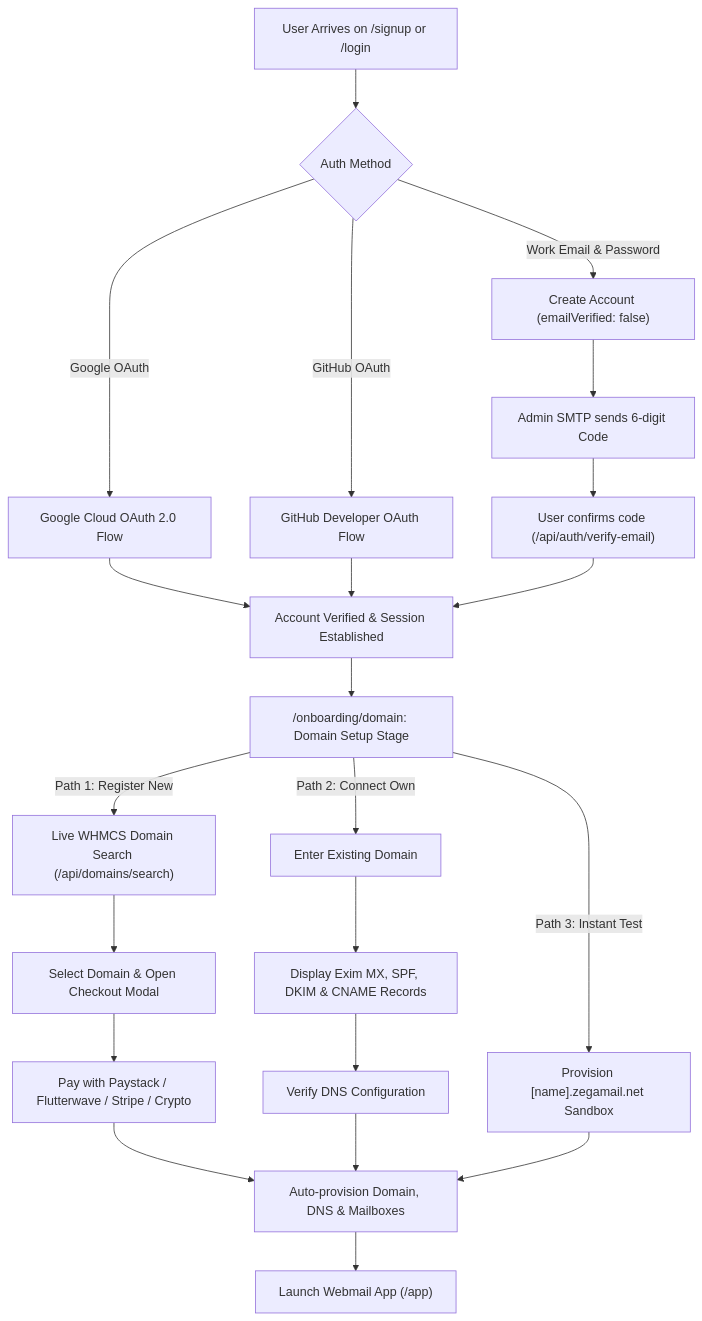
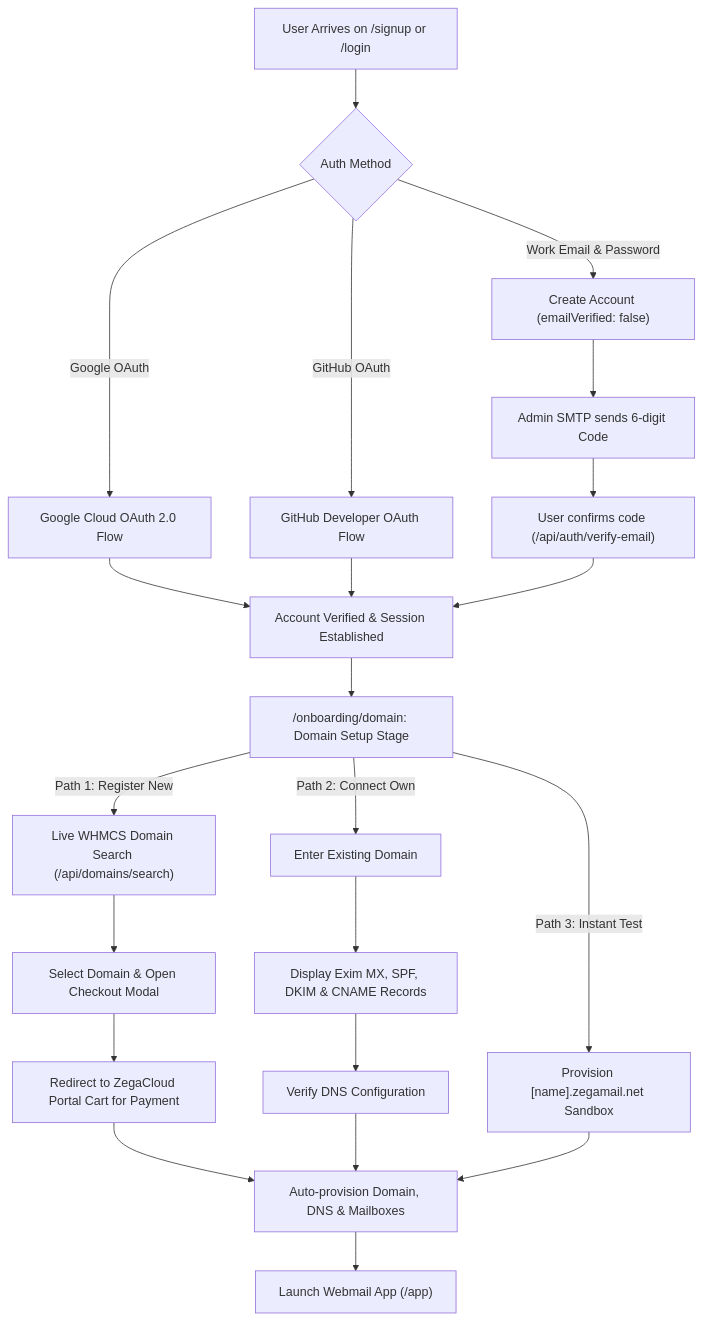
One commit to eliazarwonder-afk/email-service-application changed the diagram in SECRETS_AND_INTEGRATION_GUIDE.md. Above: the diagram before and after it, drawn with Mermaid. The commit also changed other lines of this file and 18 other files, not shown here.

````diff
--- a/SECRETS_AND_INTEGRATION_GUIDE.md
+++ b/SECRETS_AND_INTEGRATION_GUIDE.md
@@ -221,32 +169,32 @@
 ```mermaid
 flowchart TD
     A["User Arrives on /signup or /login"] --> B{"Auth Method"}
     
     B -->|"Google OAuth"| C["Google Cloud OAuth 2.0 Flow"]
     B -->|"GitHub OAuth"| D["GitHub Developer OAuth Flow"]
     B -->|"Work Email & Password"| E["Create Account (emailVerified: false)"]
     
     E --> F["Admin SMTP sends 6-digit Code"]
     F --> G["User confirms code (/api/auth/verify-email)"]
     
     C --> H["Account Verified & Session Established"]
     D --> H
     G --> H
     
     H --> I["/onboarding/domain: Domain Setup Stage"]
     
     I -->|"Path 1: Register New"| J["Live WHMCS Domain Search (/api/domains/search)"]
     J --> K["Select Domain & Open Checkout Modal"]
-    K --> L["Pay with Paystack / Flutterwave / Stripe / Crypto"]
+    K --> L["Redirect to ZegaCloud Portal Cart for Payment"]
     L --> M["Auto-provision Domain, DNS & Mailboxes"]
     
     I -->|"Path 2: Connect Own"| N["Enter Existing Domain"]
     N --> O["Display Exim MX, SPF, DKIM & CNAME Records"]
     O --> P["Verify DNS Configuration"]
     P --> M
     
     I -->|"Path 3: Instant Test"| Q["Provision [name].zegamail.net Sandbox"]
     Q --> M
     
     M --> R["Launch Webmail App (/app)"]
 ```
````
